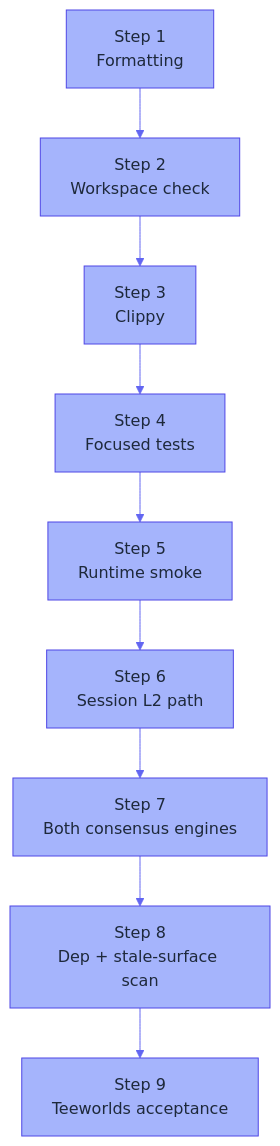
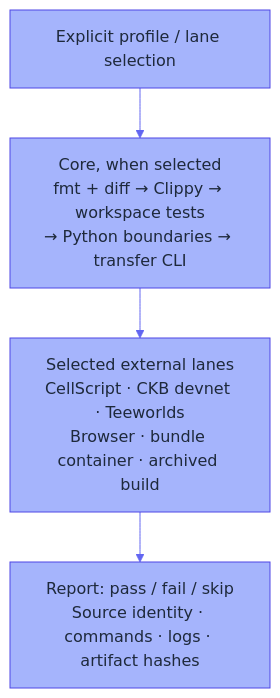
The tenth of 10 diagrams in docs/reference/architecture-diagrams.md (Myelin-Labs/Myelin), drawn with Mermaid before and after one commit. The commit also changed other lines of this file and 272 other files, not shown here.

````diff
--- a/docs/reference/architecture-diagrams.md
+++ b/docs/reference/architecture-diagrams.md
@@ -351,27 +353,22 @@
 ```mermaid
 %%{init: {
   "theme": "base",
   "themeVariables": {
     "primaryColor": "#A5B4FC",
     "primaryTextColor": "#1E293B",
     "primaryBorderColor": "#4F46E5",
     "lineColor": "#6366F1",
     "secondaryColor": "#C7D2FE",
     "tertiaryColor": "#C7D2FE"
   }
 }}%%
 flowchart TB
-    A["Step 1<br/>Formatting"]:::step
-    B["Step 2<br/>Workspace check"]:::step
-    C["Step 3<br/>Clippy"]:::step
-    D["Step 4<br/>Focused tests"]:::step
-    E["Step 5<br/>Runtime smoke"]:::step
-    F["Step 6<br/>Session L2 path"]:::step
-    G["Step 7<br/>Both consensus engines"]:::step
-    H["Step 8<br/>Dep + stale-surface scan"]:::step
-    I["Step 9<br/>Teeworlds acceptance"]:::step
+    A["Explicit profile / lane selection"]:::step
+    B["Core, when selected<br/>fmt + diff → Clippy → workspace tests<br/>→ Python boundaries → transfer CLI"]:::step
+    C["Selected external lanes<br/>CellScript · CKB devnet · Teeworlds<br/>Browser · bundle container · archived build"]:::step
+    D["Report: pass / fail / skip<br/>Source identity · commands · logs · artifact hashes"]:::step
 
-    A --> B --> C --> D --> E --> F --> G --> H --> I
+    A --> B --> C --> D
 
     classDef step fill:#A5B4FC,stroke:#4F46E5,color:#1E293B;
 ```
````
